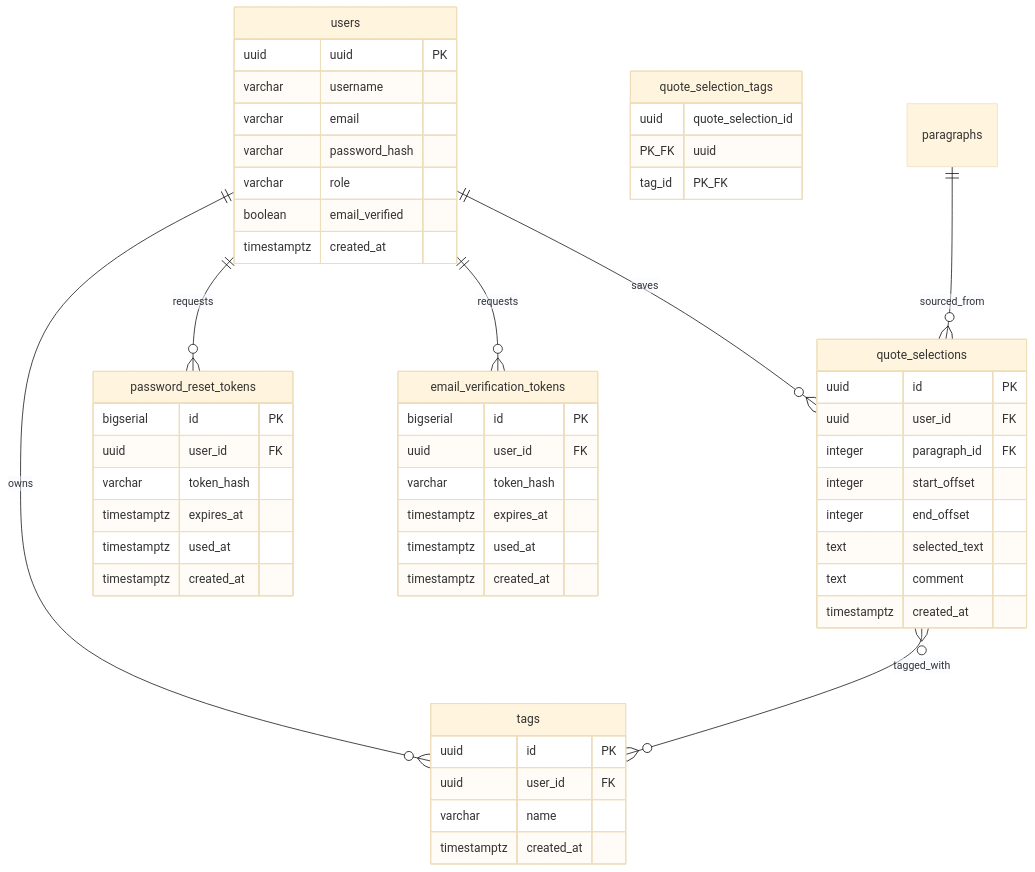
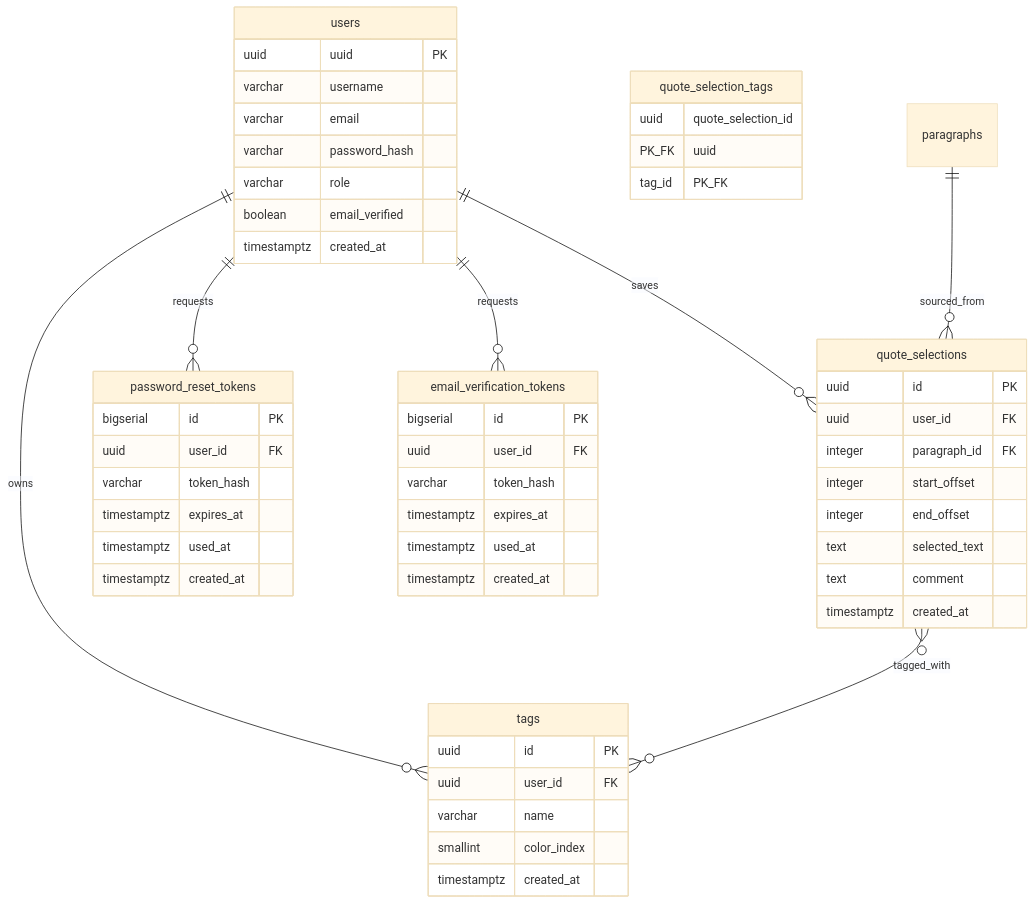
Before and after one commit to ChloeDelphis/proust-club: the second of 2 diagrams in docs/architecture/data-model.md, drawn with Mermaid (base theme). The commit also changed other lines of this file and 19 other files, not shown here.

````diff
--- a/docs/architecture/data-model.md
+++ b/docs/architecture/data-model.md
@@ -66,61 +66,62 @@
 ```mermaid
 erDiagram
     users {
         uuid    uuid PK
         varchar username
         varchar email
         varchar password_hash
         varchar role
         boolean email_verified
         timestamptz created_at
     }
 
     quote_selections {
         uuid    id PK
         uuid    user_id FK
         integer paragraph_id FK
         integer start_offset
         integer end_offset
         text    selected_text
         text    comment
         timestamptz created_at
     }
 
     password_reset_tokens {
         bigserial id PK
         uuid      user_id FK
         varchar   token_hash
         timestamptz expires_at
         timestamptz used_at
         timestamptz created_at
     }
 
     email_verification_tokens {
         bigserial id PK
         uuid      user_id FK
         varchar   token_hash
         timestamptz expires_at
         timestamptz used_at
         timestamptz created_at
     }
 
     users ||--o{ password_reset_tokens     : requests
     users ||--o{ email_verification_tokens : requests
 
     tags {
-        uuid    id PK
-        uuid    user_id FK
-        varchar name
+        uuid     id PK
+        uuid     user_id FK
+        varchar  name
+        smallint color_index
         timestamptz created_at
     }
 
     quote_selection_tags {
         uuid quote_selection_id PK_FK
         uuid tag_id PK_FK
     }
 
     users          ||--o{ quote_selections     : saves
     paragraphs     ||--o{ quote_selections     : sourced_from
     users          ||--o{ tags                 : owns
     quote_selections }o--o{ tags               : tagged_with
 ```
````
